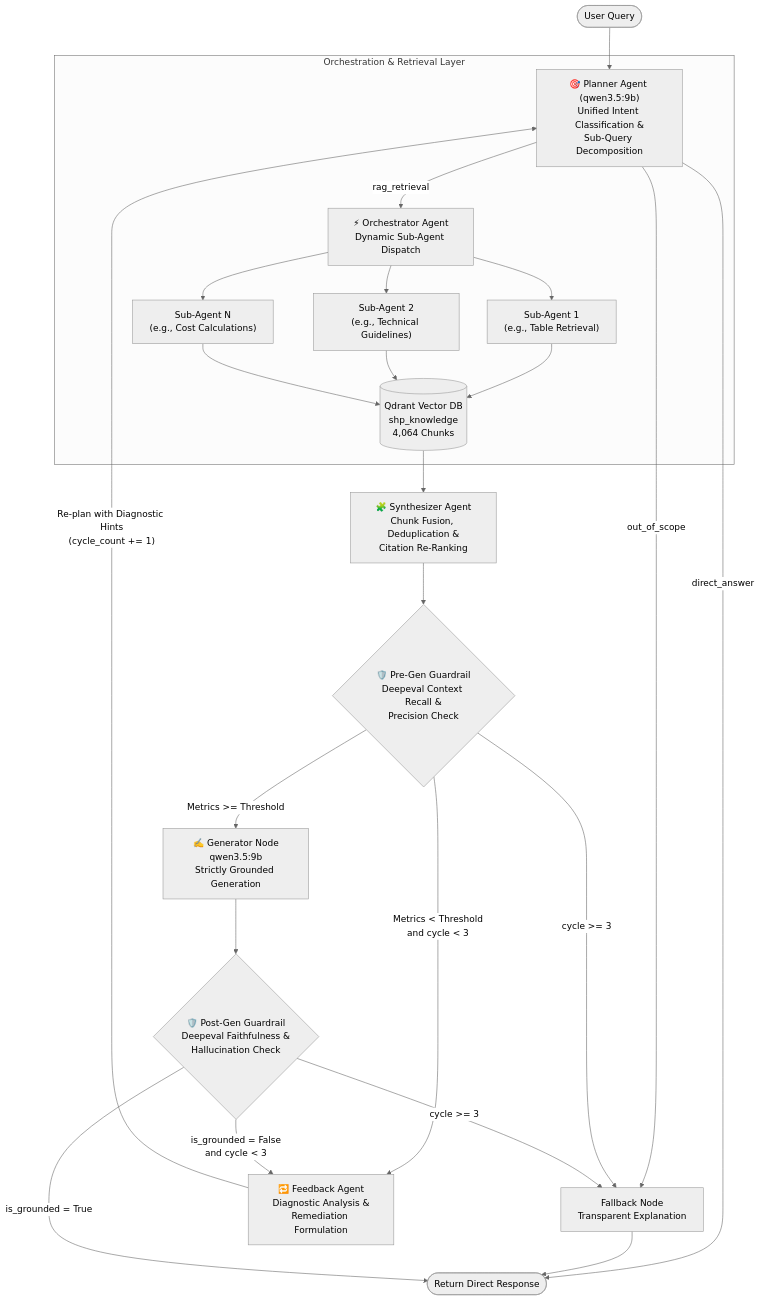
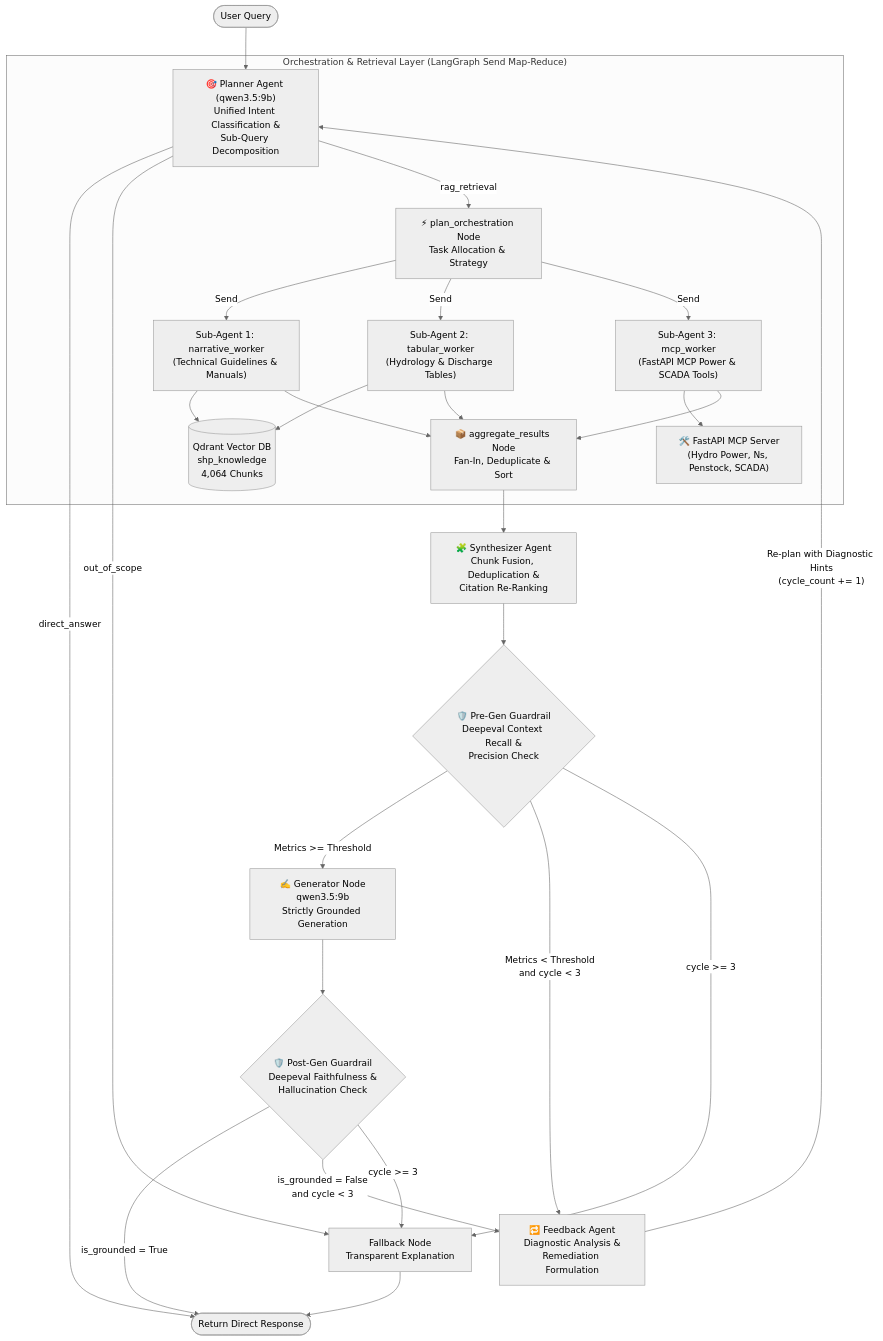
One commit to NaimishKB/Agentic_RAG changed the second of 2 diagrams in README.md. Above: the diagram before and after it, drawn with Mermaid (neutral theme). The commit also changed other lines of this file and 1 other file, not shown here.

Commit message:
readme update

````diff
--- a/README.md
+++ b/README.md
@@ -567,33 +575,35 @@
 ```mermaid
 flowchart TD
     Start([User Query]) --> Planner["🎯 Planner Agent (qwen3.5:9b)\nUnified Intent Classification &\nSub-Query Decomposition"]
 
     Planner -->|direct_answer| Final([Return Direct Response])
     Planner -->|out_of_scope| Fallback[Fallback Node\nTransparent Explanation] --> Final
 
-    subgraph Orchestration ["Orchestration & Retrieval Layer"]
-        Planner -->|rag_retrieval| Orchestrator["⚡ Orchestrator Agent\nDynamic Sub-Agent Dispatch"]
-        Orchestrator --> SubAgent1["Sub-Agent 1\n(e.g., Table Retrieval)"]
-        Orchestrator --> SubAgent2["Sub-Agent 2\n(e.g., Technical Guidelines)"]
-        Orchestrator --> SubAgentN["Sub-Agent N\n(e.g., Cost Calculations)"]
-        SubAgent1 & SubAgent2 & SubAgentN --> Qdrant[(Qdrant Vector DB\nshp_knowledge\n4,064 Chunks)]
+    subgraph Orchestration ["Orchestration & Retrieval Layer (LangGraph Send Map-Reduce)"]
+        Planner -->|rag_retrieval| Orchestrator["⚡ plan_orchestration Node\nTask Allocation & Strategy"]
+        Orchestrator -->|Send| SubAgent1["Sub-Agent 1: narrative_worker\n(Technical Guidelines & Manuals)"]
+        Orchestrator -->|Send| SubAgent2["Sub-Agent 2: tabular_worker\n(Hydrology & Discharge Tables)"]
+        Orchestrator -->|Send| SubAgent3["Sub-Agent 3: mcp_worker\n(FastAPI MCP Power & SCADA Tools)"]
+        SubAgent1 & SubAgent2 --> Qdrant[(Qdrant Vector DB\nshp_knowledge\n4,064 Chunks)]
+        SubAgent3 --> MCPServer["🛠️ FastAPI MCP Server\n(Hydro Power, Ns, Penstock, SCADA)"]
+        SubAgent1 & SubAgent2 & SubAgent3 --> Aggregator["📦 aggregate_results Node\nFan-In, Deduplicate & Sort"]
     end
 
-    Qdrant --> Synthesizer["🧩 Synthesizer Agent\nChunk Fusion, Deduplication &\nCitation Re-Ranking"]
+    Aggregator --> Synthesizer["🧩 Synthesizer Agent\nChunk Fusion, Deduplication &\nCitation Re-Ranking"]
 
     Synthesizer --> PreGuard{"🛡️ Pre-Gen Guardrail\nDeepeval Context Recall &\nPrecision Check"}
 
     PreGuard -->|Metrics >= Threshold| Generator["✍️ Generator Node\nqwen3.5:9b\nStrictly Grounded Generation"]
 
     PreGuard -->|Metrics < Threshold\nand cycle < 3| Feedback["🔁 Feedback Agent\nDiagnostic Analysis &\nRemediation Formulation"]
 
     Generator --> PostGuard{"🛡️ Post-Gen Guardrail\nDeepeval Faithfulness &\nHallucination Check"}
 
     PostGuard -->|is_grounded = True| Final
     PostGuard -->|is_grounded = False\nand cycle < 3| Feedback
 
     Feedback -->|"Re-plan with Diagnostic Hints\n(cycle_count += 1)"| Planner
 
     PreGuard -->|cycle >= 3| Fallback
     PostGuard -->|cycle >= 3| Fallback
 ```
````
